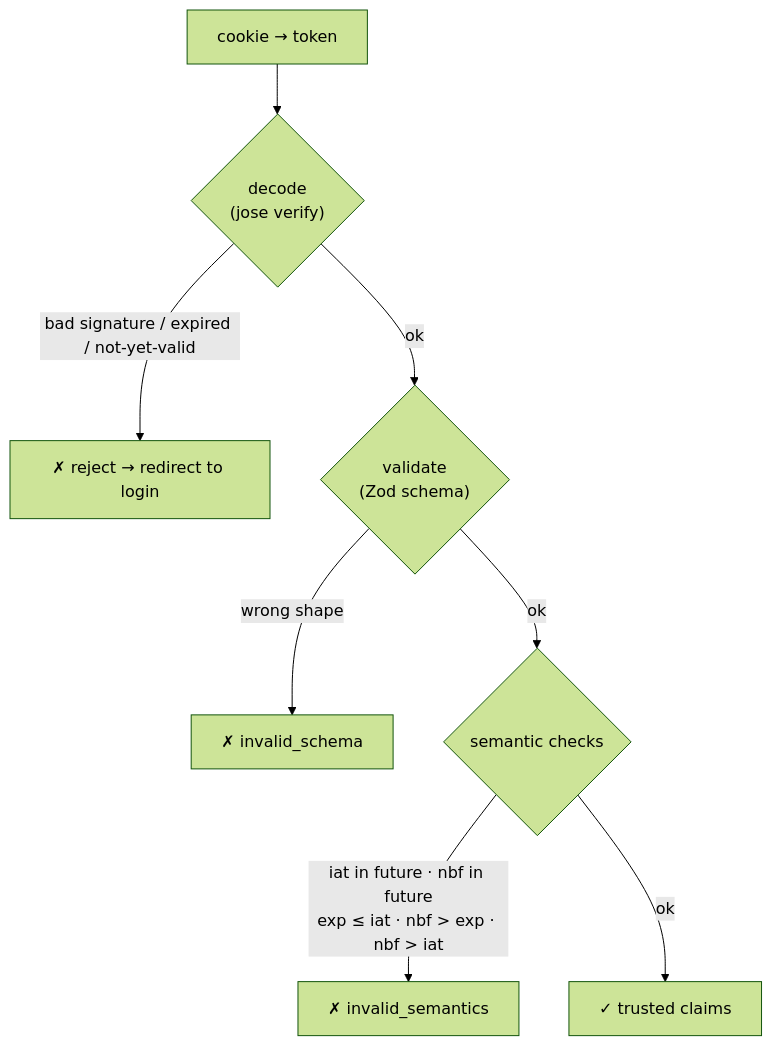
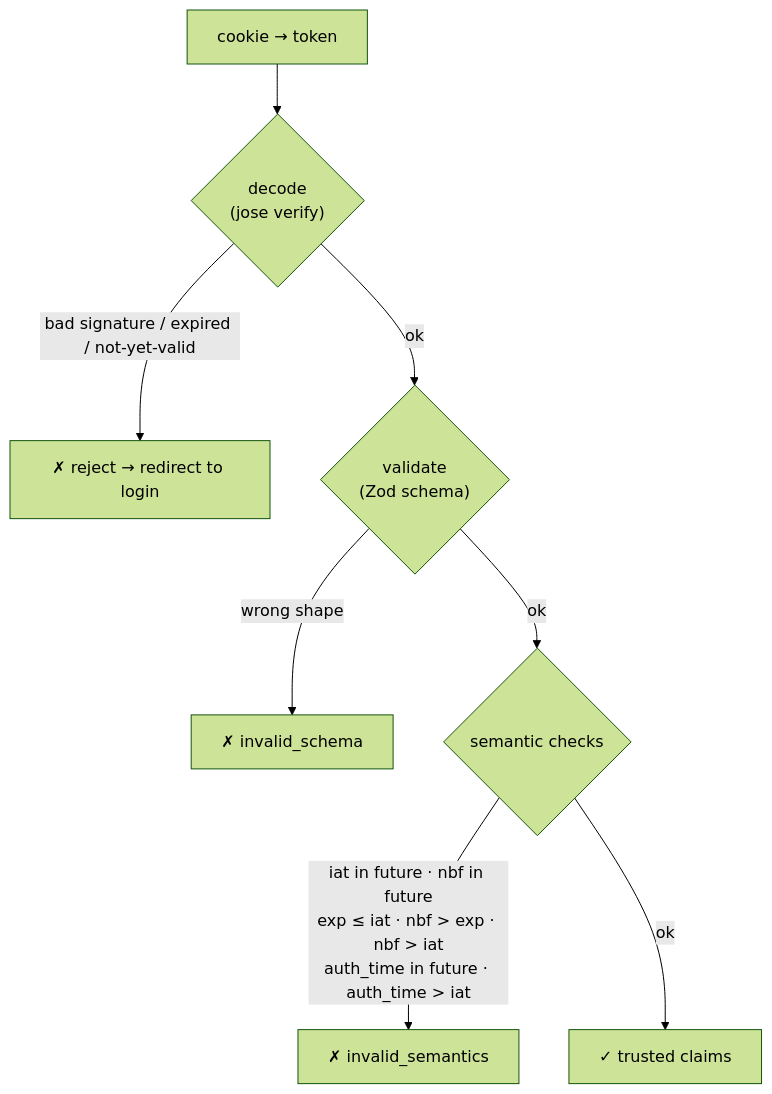
One commit to andrewpetersondev/nextjs-dashboard changed the second of 2 diagrams in docs/diagrams/session-lifecycle.md. Above: the diagram before and after it, drawn with Mermaid (forest theme). The commit also changed other lines of this file and 18 other files, not shown here.

````diff
--- a/docs/diagrams/session-lifecycle.md
+++ b/docs/diagrams/session-lifecycle.md
@@ -52,10 +54,10 @@
 ```mermaid
 flowchart TD
     cookie["cookie → token"] --> decode{"decode<br/>(jose verify)"}
     decode -->|"bad signature / expired / not-yet-valid"| reject1["✗ reject → redirect to login"]
     decode -->|ok| validate{"validate<br/>(Zod schema)"}
     validate -->|"wrong shape"| reject2["✗ invalid_schema"]
     validate -->|ok| semantics{"semantic checks"}
-    semantics -->|"iat in future · nbf in future<br/>exp ≤ iat · nbf &gt; exp · nbf &gt; iat"| reject3["✗ invalid_semantics"]
+    semantics -->|"iat in future · nbf in future<br/>exp ≤ iat · nbf &gt; exp · nbf &gt; iat<br/>auth_time in future · auth_time &gt; iat"| reject3["✗ invalid_semantics"]
     semantics -->|ok| accept["✓ trusted claims"]
 ```
````
